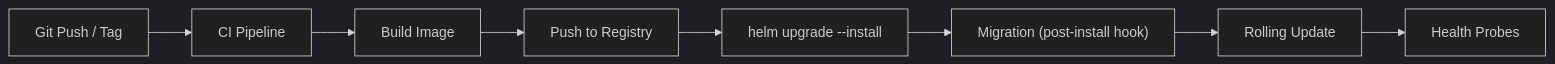
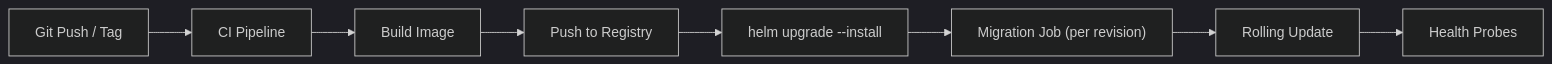
Before and after one commit to berserkhmdvhb/fullstack_template: the sixth of 6 diagrams in wiki/architecture.md, drawn with Mermaid (dark theme). The commit also changed 15 other files, not shown here.

First line of the commit message:
docs: migration Job model, expand/contract, readiness, timeouts and TLS

````diff
--- a/wiki/architecture.md
+++ b/wiki/architecture.md
@@ -217,10 +217,10 @@
 ```mermaid
 flowchart LR
     Push["Git Push / Tag"] --> CI["CI Pipeline"]
     CI --> Build["Build Image"]
     Build --> Push2["Push to Registry"]
     Push2 --> Helm["helm upgrade --install"]
-    Helm --> Migrate["Migration (post-install hook)"]
+    Helm --> Migrate["Migration Job (per revision)"]
     Migrate --> Rollout["Rolling Update"]
     Rollout --> Verify["Health Probes"]
 ```
````
